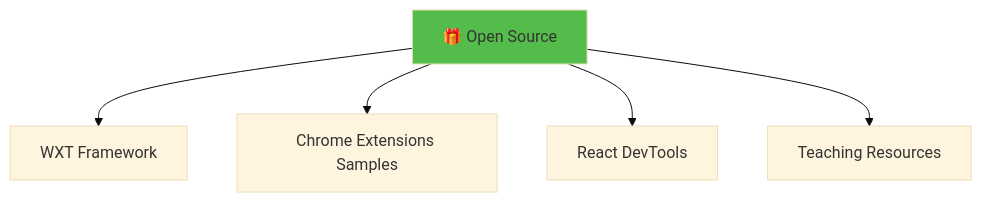
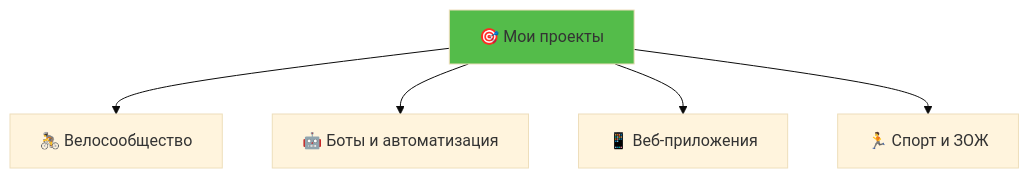
Before and after one commit to drunkody/textarea-fullscreen-extension: the second of 3 diagrams in slides/00-1-about-me.md, drawn with Mermaid (base theme). The commit also changed other lines of this file and 22 other files, not shown here.

````diff
--- a/slides/00-1-about-me.md
+++ b/slides/00-1-about-me.md
@@ -85,9 +102,9 @@
 ```mermaid
 graph TB
-    A[🎁 Open Source] --> B[WXT Framework]
-    A --> C[Chrome Extensions Samples]
-    A --> D[React DevTools]
-    A --> E[Teaching Resources]
+    A[🎯 Мои проекты] --> B[🚴 Велосообщество]
+    A --> C[🤖 Боты и автоматизация]
+    A --> D[📱 Веб-приложения]
+    A --> E[🏃 Спорт и ЗОЖ]
     
     style A fill:#54bc4a
 ```
````
